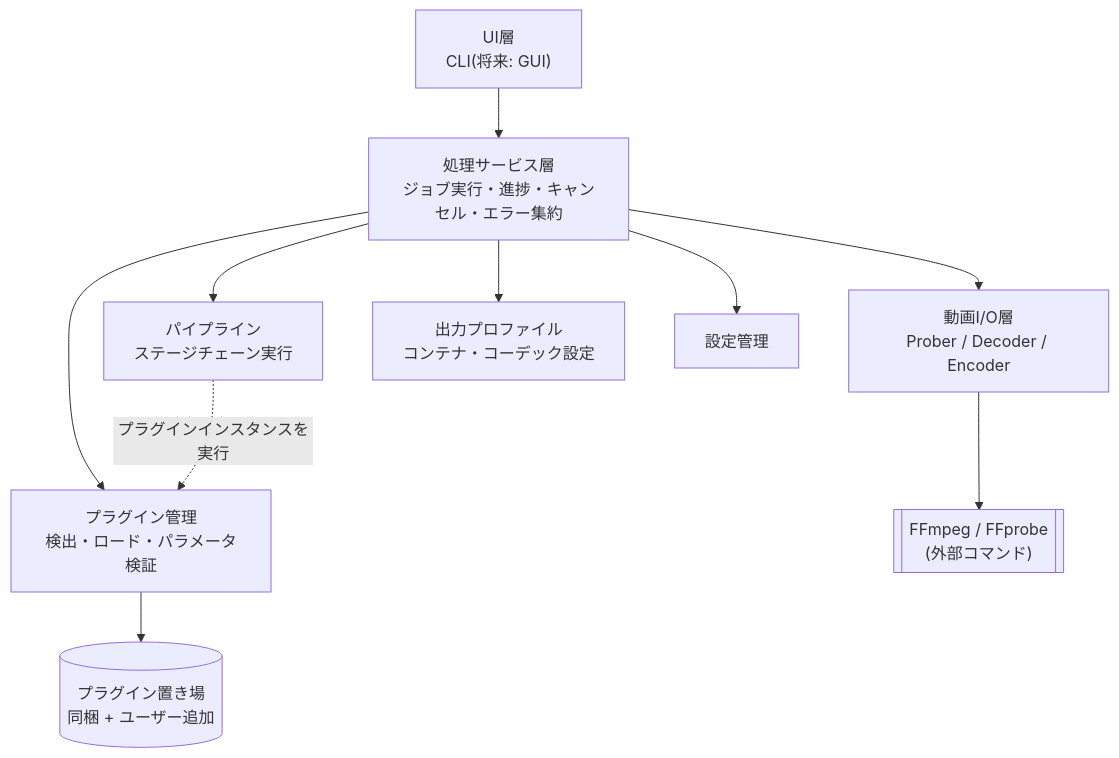
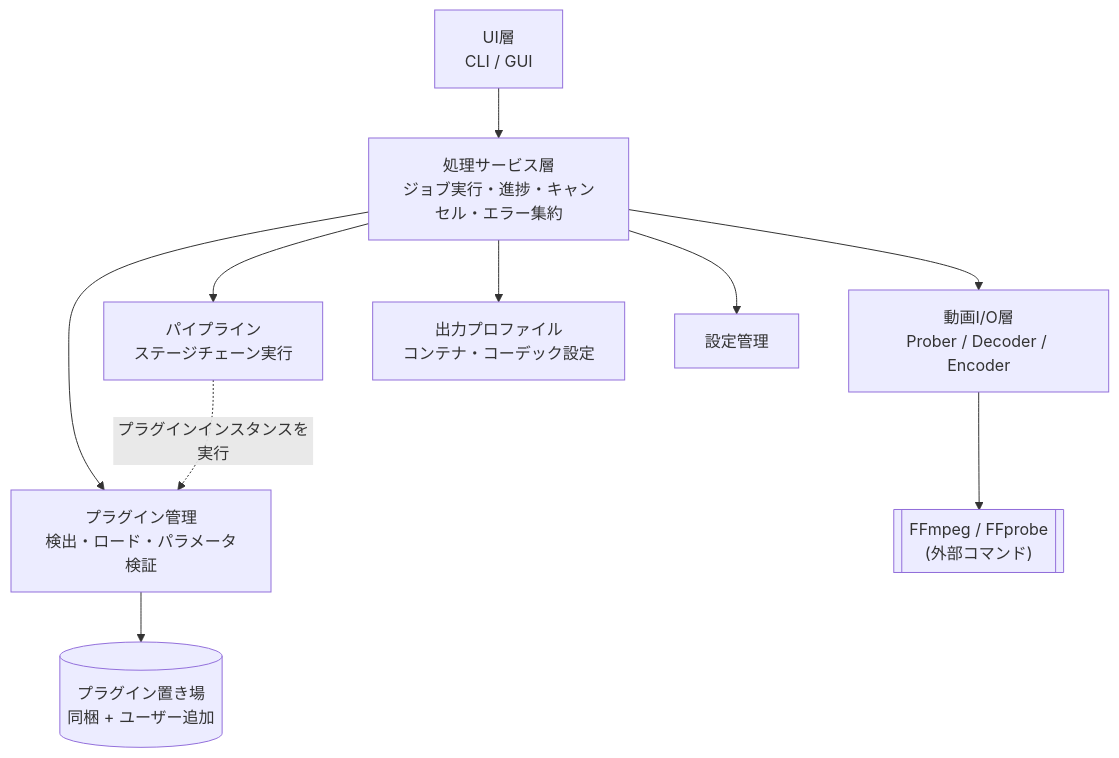
The second of 4 diagrams in docs/basic_design.md (himayah/MovieFilter), drawn with Mermaid before and after one commit. The commit also changed other lines of this file and 32 other files, not shown here.

````diff
--- a/docs/basic_design.md
+++ b/docs/basic_design.md
@@ -130,22 +131,22 @@
 ```mermaid
 flowchart TB
-    UI["UI層<br/>CLI(将来: GUI)"]
+    UI["UI層<br/>CLI / GUI"]
     SVC["処理サービス層<br/>ジョブ実行・進捗・キャンセル・エラー集約"]
     PM["プラグイン管理<br/>検出・ロード・パラメータ検証"]
     PL["パイプライン<br/>ステージチェーン実行"]
     IO["動画I/O層<br/>Prober / Decoder / Encoder"]
     PF["出力プロファイル<br/>コンテナ・コーデック設定"]
     CF["設定管理"]
     PD[("プラグイン置き場<br/>同梱 + ユーザー追加")]
     FF[["FFmpeg / FFprobe<br/>(外部コマンド)"]]
 
     UI --> SVC
     SVC --> PM
     SVC --> PL
     SVC --> IO
     SVC --> PF
     SVC --> CF
     PM --> PD
     IO --> FF
     PL -. "プラグインインスタンスを実行" .-> PM
 ```
````
